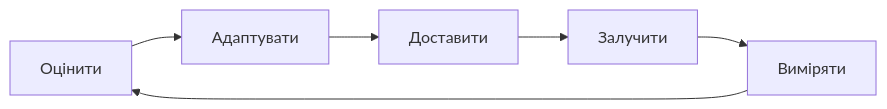
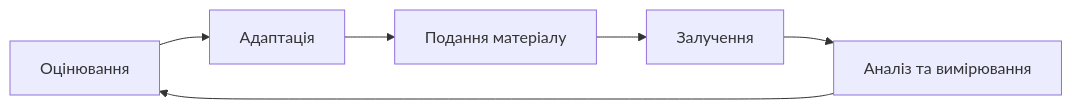
One commit to ivmarch/geniverse-docs changed the diagram in i18n/uk/docusaurus-plugin-content-docs/current/pedagogical-framework.md. Above: the diagram before and after it, drawn with Mermaid. The commit also changed other lines of this file and 1 other file, not shown here.

````diff
--- a/i18n/uk/docusaurus-plugin-content-docs/current/pedagogical-framework.md
+++ b/i18n/uk/docusaurus-plugin-content-docs/current/pedagogical-framework.md
@@ -147,9 +149,9 @@
 ```mermaid
 graph LR
-    A[Оцінити] --> B[Адаптувати]
-    B --> C[Доставити]
-    C --> D[Залучити]
-    D --> E[Виміряти]
+    A[Оцінювання] --> B[Адаптація]
+    B --> C[Подання матеріалу]
+    C --> D[Залучення]
+    D --> E[Аналіз та вимірювання]
     E --> A
     
 ```
````
